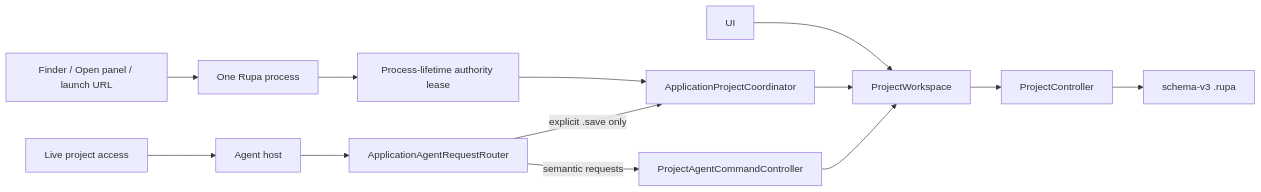
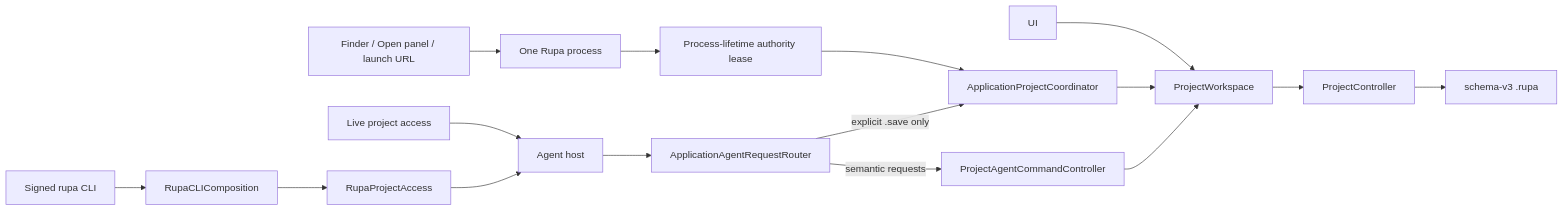
Before and after one commit to 1amageek/Rupa: the first of 3 diagrams in Rupa/DESIGN.md, drawn with Mermaid. The commit also changed other lines of this file and 11 other files, not shown here.

Commit message:
Distribute signed Rupa CLI

````diff
--- a/Rupa/DESIGN.md
+++ b/Rupa/DESIGN.md
@@ -39,15 +48,18 @@
 ```mermaid
 flowchart LR
     File["Finder / Open panel / launch URL"] --> App["One Rupa process"]
     App --> Lease["Process-lifetime authority lease"]
     Lease --> Coordinator["ApplicationProjectCoordinator"]
     UI --> Workspace["ProjectWorkspace"]
     Coordinator --> Workspace
     Access["Live project access"] --> Host["Agent host"]
     Host --> Router["ApplicationAgentRequestRouter"]
     Router -->|semantic requests| AgentController["ProjectAgentCommandController"]
     Router -->|explicit .save only| Coordinator
     AgentController --> Workspace
     Workspace --> Controller["ProjectController"]
     Controller --> Package["schema-v3 .rupa"]
+    CLIProduct["Signed rupa CLI"] --> CLIComposition["RupaCLIComposition"]
+    CLIComposition --> ProjectAccessAPI["RupaProjectAccess"]
+    ProjectAccessAPI --> Host
 ```
````
